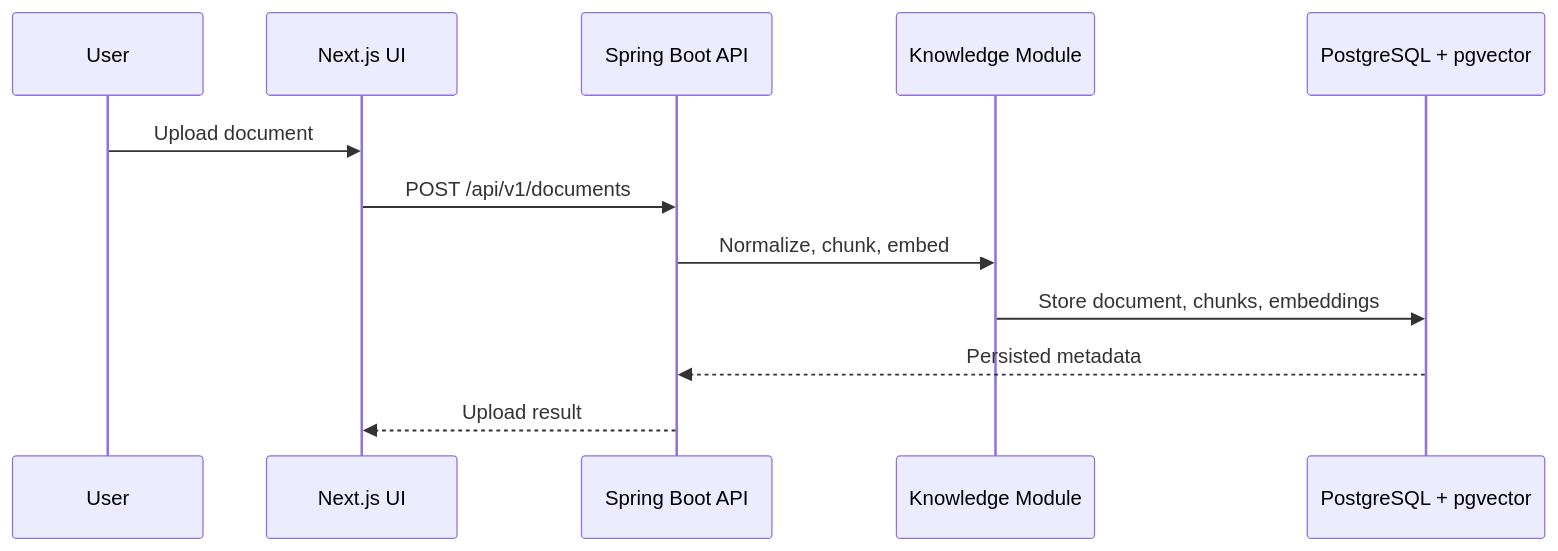
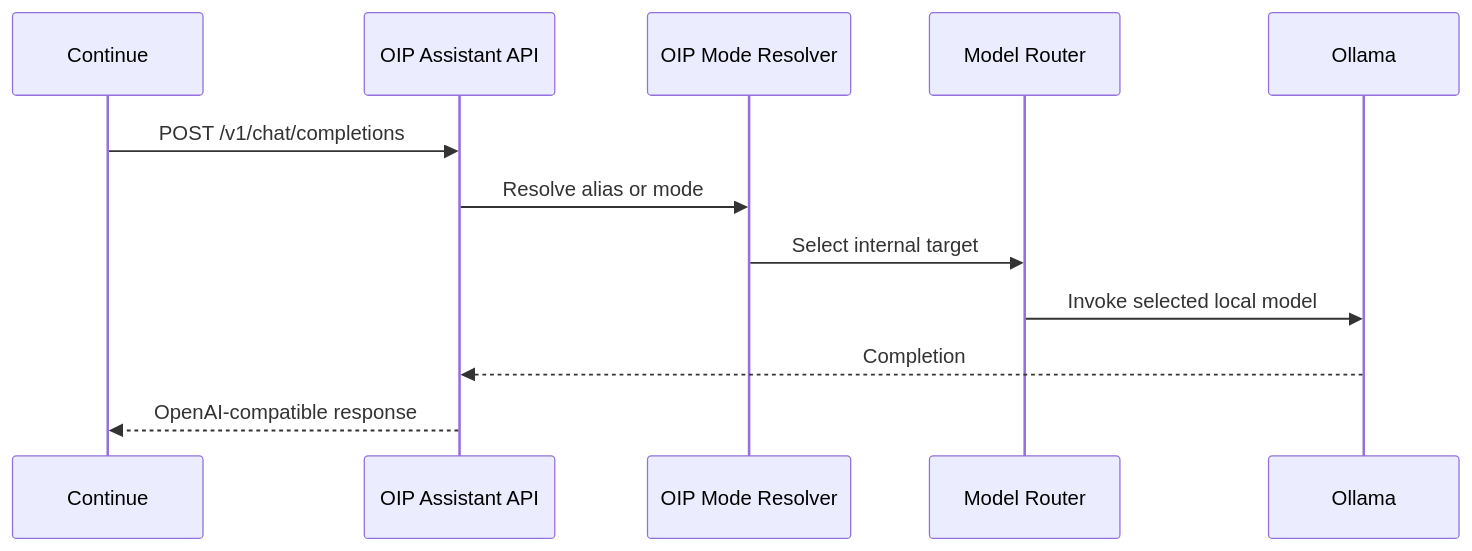
Before and after one commit to dcfrancisco/open-intelligence-platform: the second of 3 diagrams in docs/mvp.md, drawn with Mermaid. The commit also changed other lines of this file and 13 other files, not shown here.

First line of the commit message:
Implement OpenAI-compatible API for chat completions and model listing

````diff
--- a/docs/mvp.md
+++ b/docs/mvp.md
@@ -113,15 +120,15 @@
 ```mermaid
 sequenceDiagram
-    participant U as User
-    participant UI as Next.js UI
-    participant API as Spring Boot API
-    participant K as Knowledge Module
-    participant DB as PostgreSQL + pgvector
+    participant C as Continue
+    participant API as OIP Assistant API
+    participant Mode as OIP Mode Resolver
+    participant R as Model Router
+    participant O as Ollama
 
-    U->>UI: Upload document
-    UI->>API: POST /api/v1/documents
-    API->>K: Normalize, chunk, embed
-    K->>DB: Store document, chunks, embeddings
-    DB-->>API: Persisted metadata
-    API-->>UI: Upload result
+    C->>API: POST /v1/chat/completions
+    API->>Mode: Resolve alias or mode
+    Mode->>R: Select internal target
+    R->>O: Invoke selected local model
+    O-->>API: Completion
+    API-->>C: OpenAI-compatible response
 ```
````
